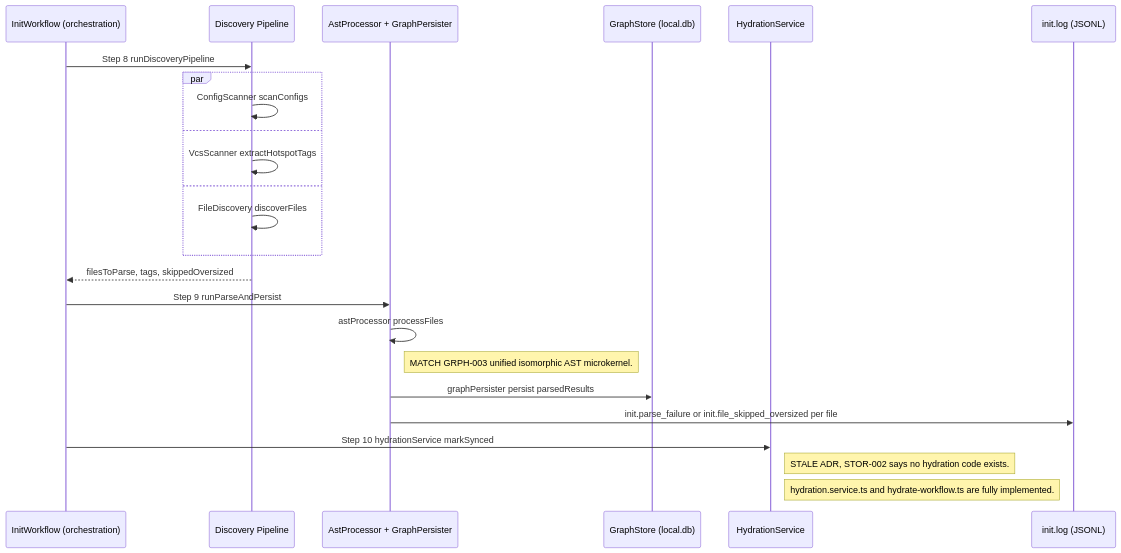
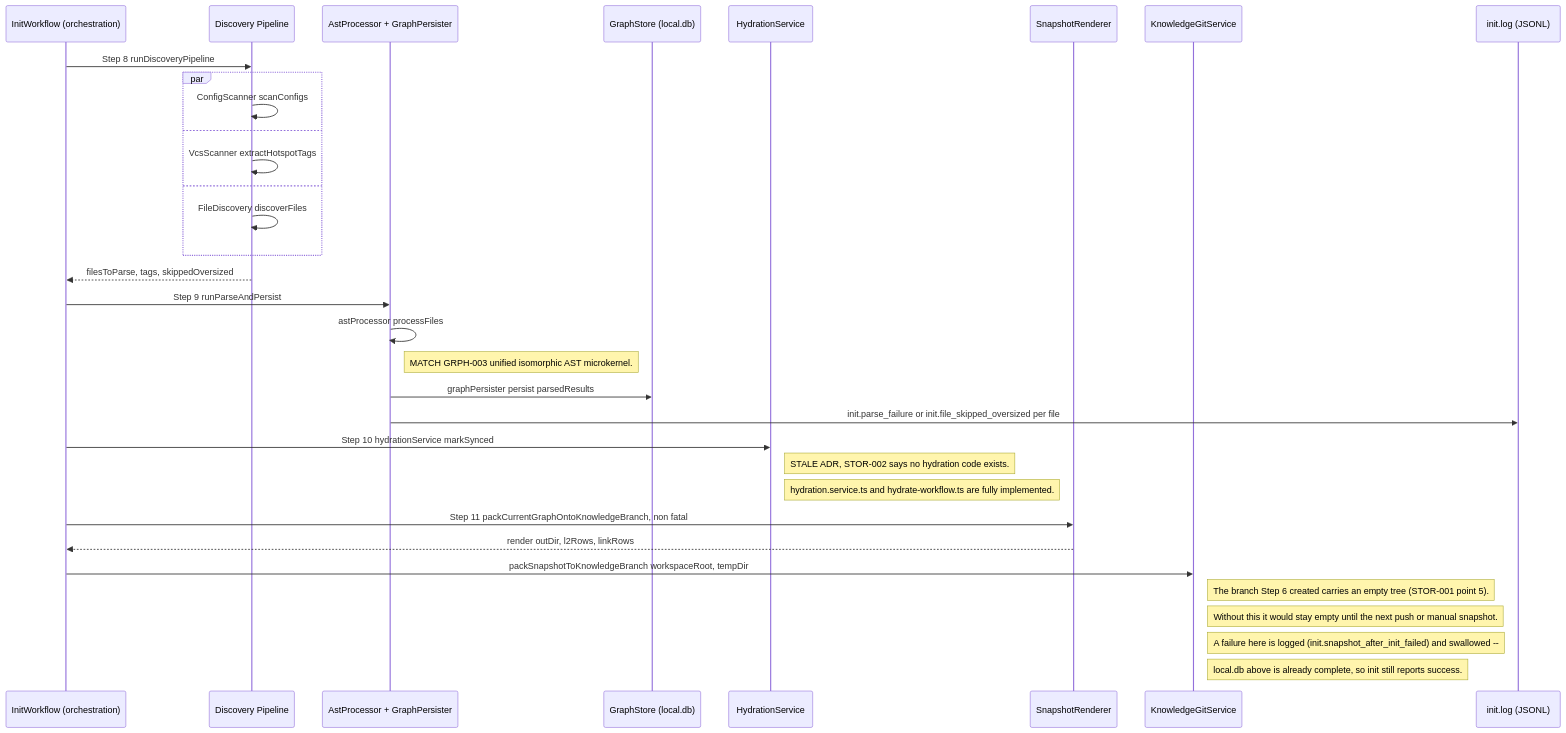
Before and after one commit to dyphn1/Docuvia: the fourth of 6 diagrams in docs/gitbook/workflows/init-execution-flow.md, drawn with Mermaid. The commit also changed other lines of this file and 10 other files, not shown here.

````diff
--- a/docs/gitbook/workflows/init-execution-flow.md
+++ b/docs/gitbook/workflows/init-execution-flow.md
@@ -97,29 +97,39 @@
 ```mermaid
 sequenceDiagram
     participant WF as InitWorkflow (orchestration)
     participant Disc as Discovery Pipeline
     participant Parse as AstProcessor + GraphPersister
     participant Store as GraphStore (local.db)
     participant Hydr as HydrationService
+    participant Renderer as SnapshotRenderer
+    participant KG as KnowledgeGitService
     participant Log as init.log (JSONL)
 
     WF->>Disc: Step 8 runDiscoveryPipeline
     par
         Disc->>Disc: ConfigScanner scanConfigs
     and
         Disc->>Disc: VcsScanner extractHotspotTags
     and
         Disc->>Disc: FileDiscovery discoverFiles
     end
     Disc-->>WF: filesToParse, tags, skippedOversized
 
     WF->>Parse: Step 9 runParseAndPersist
     Parse->>Parse: astProcessor processFiles
     Note right of Parse: MATCH GRPH-003 unified isomorphic AST microkernel.
     Parse->>Store: graphPersister persist parsedResults
     Parse->>Log: init.parse_failure or init.file_skipped_oversized per file
 
     WF->>Hydr: Step 10 hydrationService markSynced
     Note right of Hydr: STALE ADR, STOR-002 says no hydration code exists.
     Note right of Hydr: hydration.service.ts and hydrate-workflow.ts are fully implemented.
+
+    WF->>Renderer: Step 11 packCurrentGraphOntoKnowledgeBranch, non fatal
+    Renderer-->>WF: render outDir, l2Rows, linkRows
+    WF->>KG: packSnapshotToKnowledgeBranch workspaceRoot, tempDir
+    Note right of KG: The branch Step 6 created carries an empty tree (STOR-001 point 5).
+    Note right of KG: Without this it would stay empty until the next push or manual snapshot.
+    Note right of KG: A failure here is logged (init.snapshot_after_init_failed) and swallowed --
+    Note right of KG: local.db above is already complete, so init still reports success.
 ```
````
